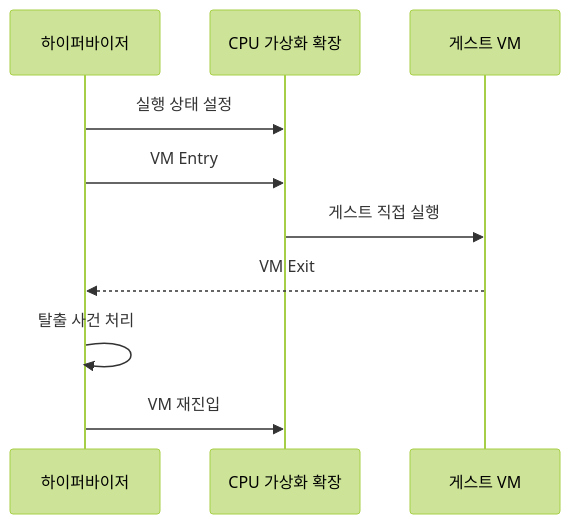
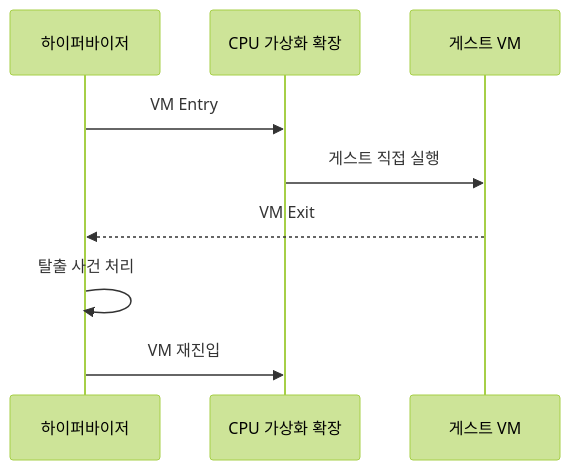
Before and after one commit to agnusdei1207/knowledge-base: the third of 3 diagrams in src/content/docs/notes/02-hardware/085_hardware_virtualization.md, drawn with Mermaid (forest theme). The commit also changed other lines of this file and 17 other files, not shown here.

````diff
--- a/src/content/docs/notes/02-hardware/085_hardware_virtualization.md
+++ b/src/content/docs/notes/02-hardware/085_hardware_virtualization.md
@@ -114,12 +114,11 @@
 ```mermaid
 sequenceDiagram
     participant H as 하이퍼바이저
     participant C as CPU 가상화 확장
     participant G as 게스트 VM
-    H->>C: 실행 상태 설정
     H->>C: VM Entry
     C->>G: 게스트 직접 실행
     G-->>H: VM Exit
     H->>H: 탈출 사건 처리
     H->>C: VM 재진입
 ```
````
